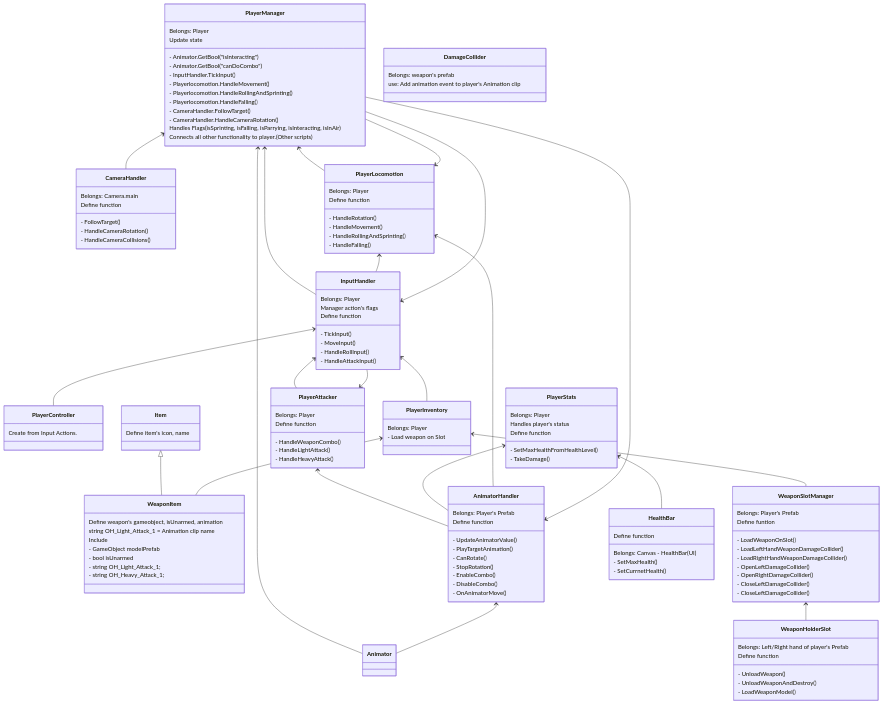
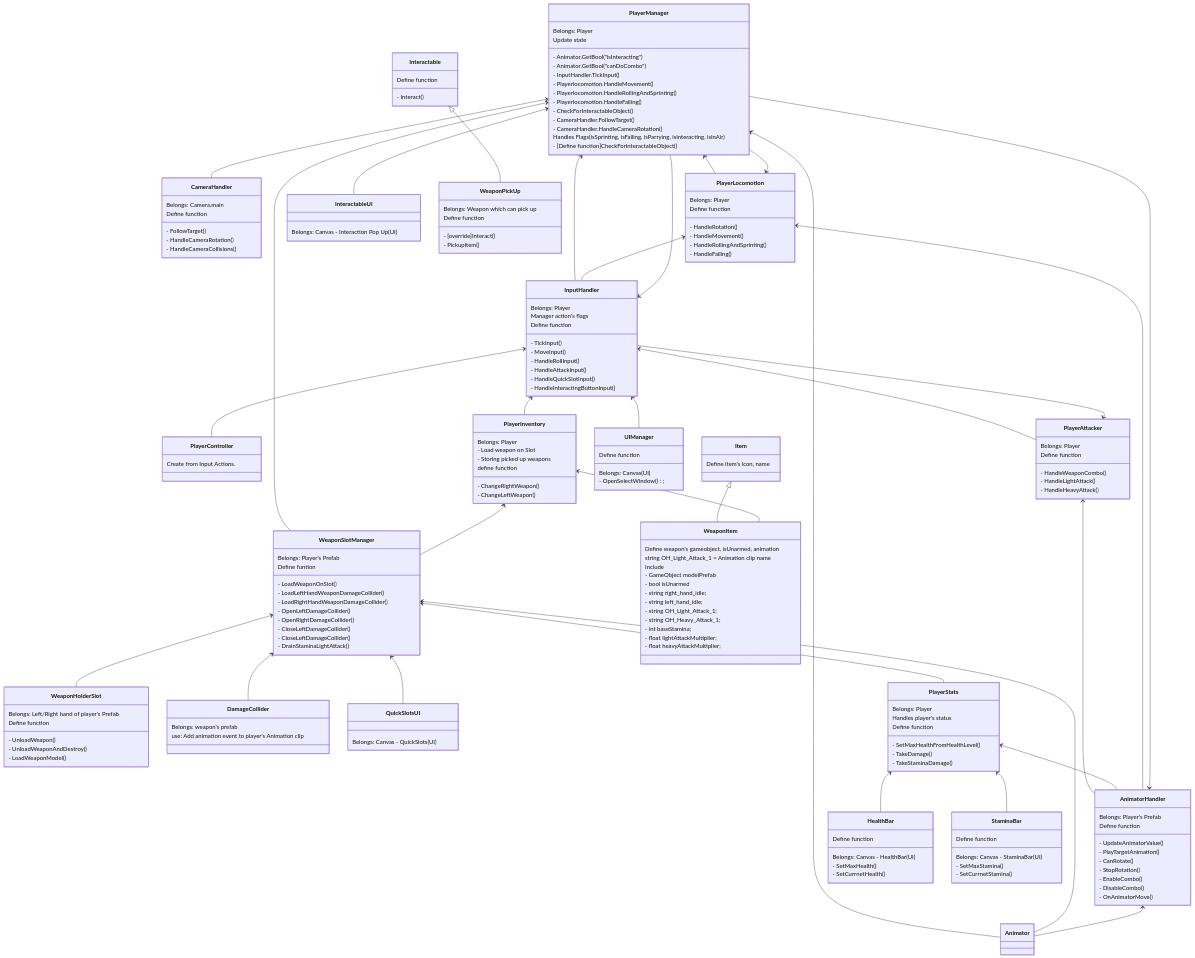
One commit to 8ku/game changed the diagram in _posts/2022-9-24-mainTree.md. Above: the diagram before and after it, drawn with Mermaid. The commit also changed other lines of this file and 24 other files, not shown here.

````diff
--- a/_posts/2022-9-24-mainTree.md
+++ b/_posts/2022-9-24-mainTree.md
@@ -14,18 +15,27 @@
     PlayerManager <-- CameraHandler
     PlayerManager <-- Animator
     PlayerManager <-- PlayerLocomotion
+    PlayerManager <-- WeaponSlotManager
+    PlayerManager <-- InteractableUI
     InputHandler <-- PlayerController
     InputHandler <-- PlayerAttacker
     InputHandler <-- PlayerInventory
     InputHandler <-- PlayerManager
+    InputHandler <-- UIManager
     Item <|-- WeaponItem
+    Interactable <|-- WeaponPickUp
     PlayerInventory <-- WeaponItem
     PlayerInventory <-- WeaponSlotManager
     WeaponSlotManager <-- WeaponHolderSlot
+    WeaponSlotManager <-- DamageCollider
+    WeaponSlotManager <-- Animator
+    WeaponSlotManager <-- QuickSlotsUI
+    WeaponSlotManager <-- PlayerStats
     PlayerAttacker <-- AnimatorHandler
     PlayerAttacker <-- InputHandler
     PlayerStats <-- AnimatorHandler
     PlayerStats <-- HealthBar
+    PlayerStats <-- StaminaBar
     PlayerLocomotion <-- InputHandler
     PlayerLocomotion <-- PlayerManager
     PlayerLocomotion <-- AnimatorHandler
@@ -41,11 +51,13 @@
       	- Playerlocomotion.HandleMovement()
       	- Playerlocomotion.HandleRollingAndSprinting()
       	- Playerlocomotion.HandleFalling()
+      	- CheckForInteractableObject()
       	- CameraHandler.FollowTarget()
       	- CameraHandler.HandleCameraRotation()
       	
       Handles Flags(isSprinting, isFalling, isParrying, isInteracting, isInAir)
-      Connects all other functionality to player.(Other scripts)
+
+			- [Define function]CheckForInteractableObject()
     }
     class InputHandler{
     	Belongs: Player
@@ -55,6 +67,8 @@
     	- MoveInput()
     	- HandleRollInput()
     	- HandleAttackInput()
+    	- HandleQuickSlotInput()
+    	- HandleInteractingButtonInput()
     }
     class PlayerLocomotion{
     	Belongs: Player
@@ -86,6 +100,7 @@
     	Define function
     	- SetMaxHealthFromHealthLevel()
     	- TakeDamage()
+    	- TakeStaminaDamage()
     }
     class AnimatorHandler{
     	Belongs: Player's Prefab
@@ -117,13 +132,22 @@
     	Include
     	- GameObject modelPrefab
     	- bool isUnarmed
+    	- string right_hand_idle;
+    	- string left_hand_idle;
     	- string OH_Light_Attack_1;
     	- string OH_Heavy_Attack_1;
+    	- int baseStamina;
+    	- float lightAttackMultiplier;
+    	- float heavyAttackMultiplier;
     }
     
     class PlayerInventory{
     	Belongs: Player
     	- Load weapon on Slot
+    	- Storing picked up weapons
+    	define function
+    	- ChangeRightWeapon()
+    	- ChangeLeftWeapon()
     }
     
     class WeaponSlotManager{
@@ -136,6 +160,8 @@
     	- OpenRightDamageCollider()
     	- CloseLeftDamageCollider()
     	- CloseLeftDamageCollider()
+    	- DrainStaminaLightAttack()
+    	
     }
     
     class WeaponHolderSlot{
@@ -153,9 +179,42 @@
 			- SetCurrnetHealth()
     }
     
+    class StaminaBar{
+    	Belongs: Canvas - StaminaBar(UI)
+			Define function
+			- SetMaxStamina()
+			- SetCurrnetStamina()
+    }
+    
     class DamageCollider{
     	Belongs: weapon's prefab
     	use: Add animation event to player's Animation clip
     }
 
+    class QuickSlotsUI{
+    	Belongs: Canvas - QuickSlots(UI)
+    }
+    
+    class Interactable{
+    	Define function
+    	- Interact()
+    }
+    
+    class WeaponPickUp{
+    	Belongs: Weapon which can pick up
+    	Define function
+    	- [override]Interact()
+    	- PickupItem()
+    }
+    
+    class InteractableUI{
+    	Belongs: Canvas - Interaction Pop Up(UI)
+    }
+    
+    class UIManager{
+    	Belongs: Canvas(UI)
+    	Define function
+    	- OpenSelectWindow();
+    }
+
 ```
````
